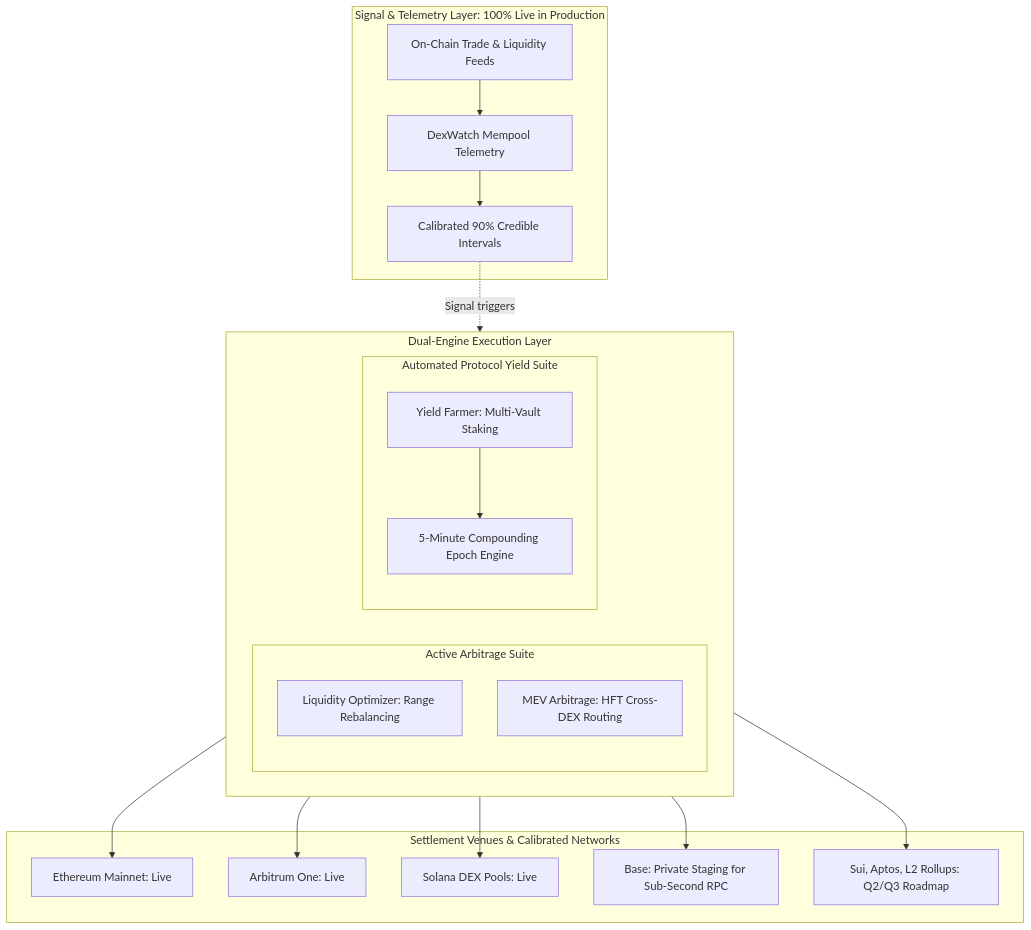
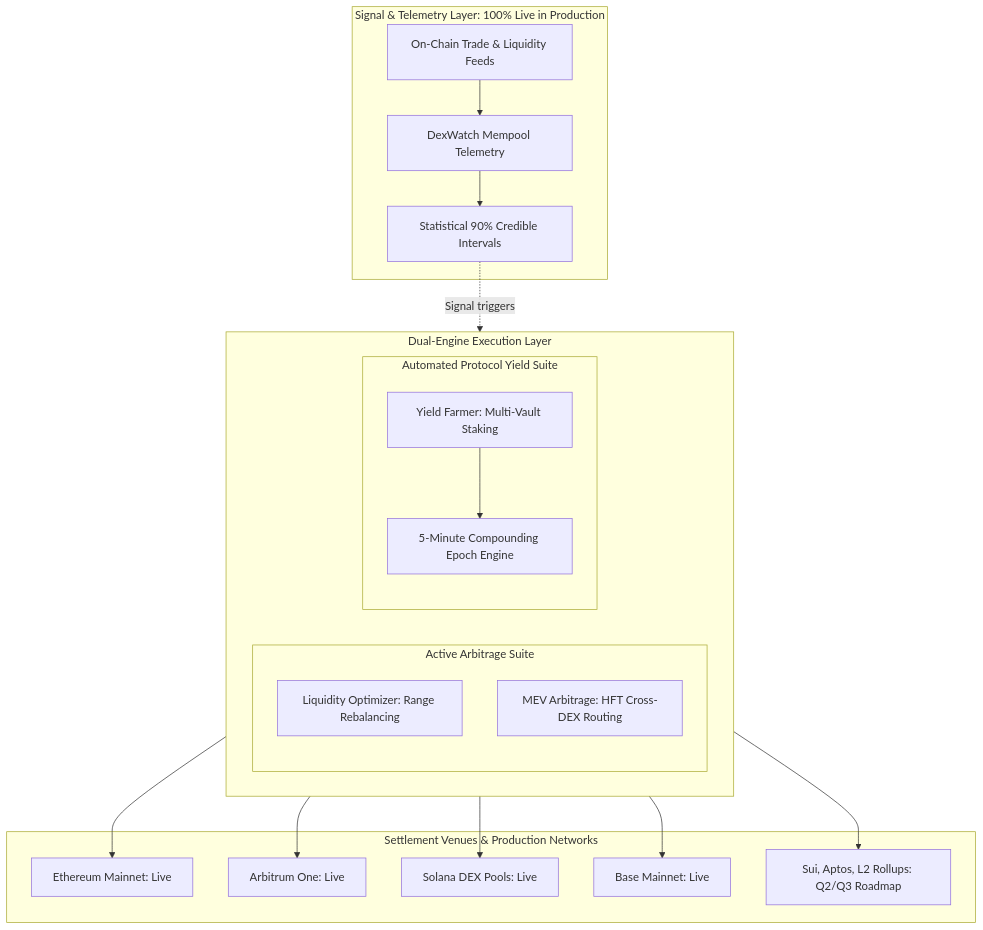
One commit to rempprandy/docs changed the diagram in developers/architecture.mdx. Above: the diagram before and after it, drawn with Mermaid. The commit also changed other lines of this file and 15 other files, not shown here.

````diff
--- a/developers/architecture.mdx
+++ b/developers/architecture.mdx
@@ -47,37 +47,37 @@
 ```mermaid
 flowchart TD
     subgraph SignalLayer["Signal & Telemetry Layer: 100% Live in Production"]
         SF[On-Chain Trade & Liquidity Feeds]
         DW[DexWatch Mempool Telemetry]
-        AN[Calibrated 90% Credible Intervals]
+        AN[Statistical 90% Credible Intervals]
         SF --> DW --> AN
     end
 
     subgraph DualEngine["Dual-Engine Execution Layer"]
         direction LR
         subgraph ActiveSuite["Active Arbitrage Suite"]
             LO[Liquidity Optimizer: Range Rebalancing]
             MEV[MEV Arbitrage: HFT Cross-DEX Routing]
         end
         subgraph YieldSuite["Automated Protocol Yield Suite"]
             YF[Yield Farmer: Multi-Vault Staking]
             EC[5-Minute Compounding Epoch Engine]
             YF --> EC
         end
     end
 
-    subgraph SettlementLayer["Settlement Venues & Calibrated Networks"]
+    subgraph SettlementLayer["Settlement Venues & Production Networks"]
         ETH[Ethereum Mainnet: Live]
         ARB[Arbitrum One: Live]
         SOL[Solana DEX Pools: Live]
-        BAS[Base: Private Staging for Sub-Second RPC]
+        BAS[Base Mainnet: Live]
         FUT[Sui, Aptos, L2 Rollups: Q2/Q3 Roadmap]
     end
 
     AN -.Signal triggers.-> ActiveSuite
     ActiveSuite --> ETH
     ActiveSuite --> ARB
     ActiveSuite --> SOL
     YieldSuite --> BAS
     YieldSuite --> FUT
 ```
````
